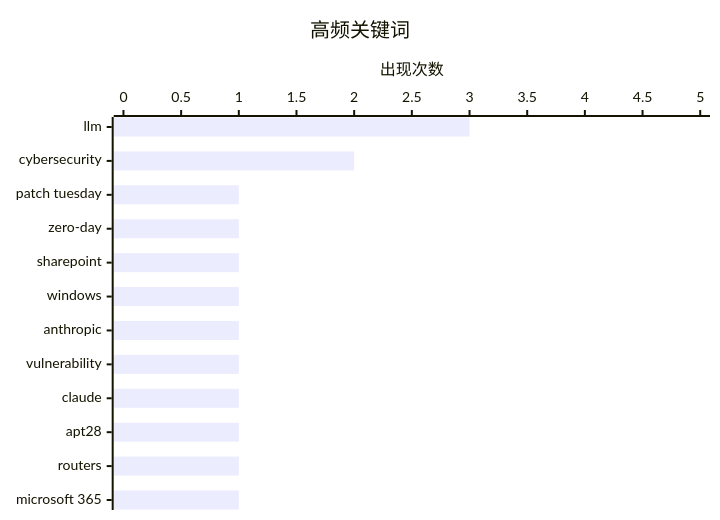
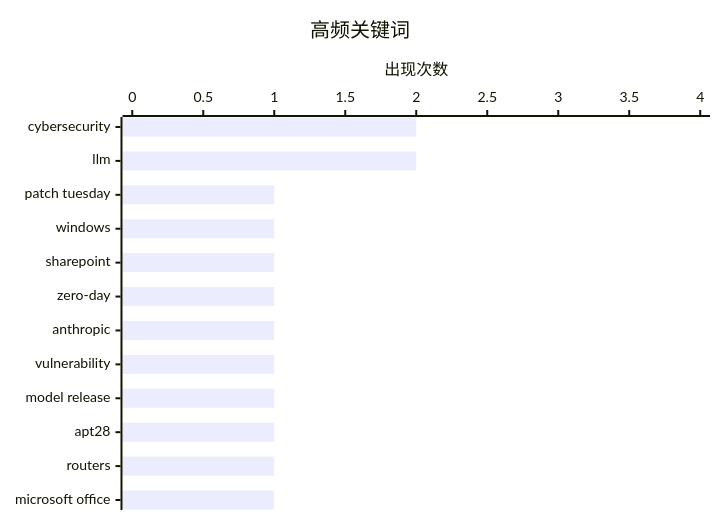
Before and after one commit to originem0/SZBlog: the second of 2 diagrams in content/ai-daily/2026-04-03.md, drawn with Mermaid. The commit also changed other lines of this file, not shown here.

````diff
--- a/content/ai-daily/2026-04-03.md
+++ b/content/ai-daily/2026-04-03.md
@@ -59,7 +71,7 @@
 ```mermaid
 xychart-beta horizontal
     title "高频关键词"
-    x-axis ["llm", "cybersecurity", "patch tuesday", "zero-day", "sharepoint", "windows", "anthropic", "vulnerability", "claude", "apt28", "routers", "microsoft 365"]
-    y-axis "出现次数" 0 --> 5
-    bar [3, 2, 1, 1, 1, 1, 1, 1, 1, 1, 1, 1]
+    x-axis ["cybersecurity", "llm", "patch tuesday", "windows", "sharepoint", "zero-day", "anthropic", "vulnerability", "model release", "apt28", "routers", "microsoft office"]
+    y-axis "出现次数" 0 --> 4
+    bar [2, 2, 1, 1, 1, 1, 1, 1, 1, 1, 1, 1]
 ```
````
